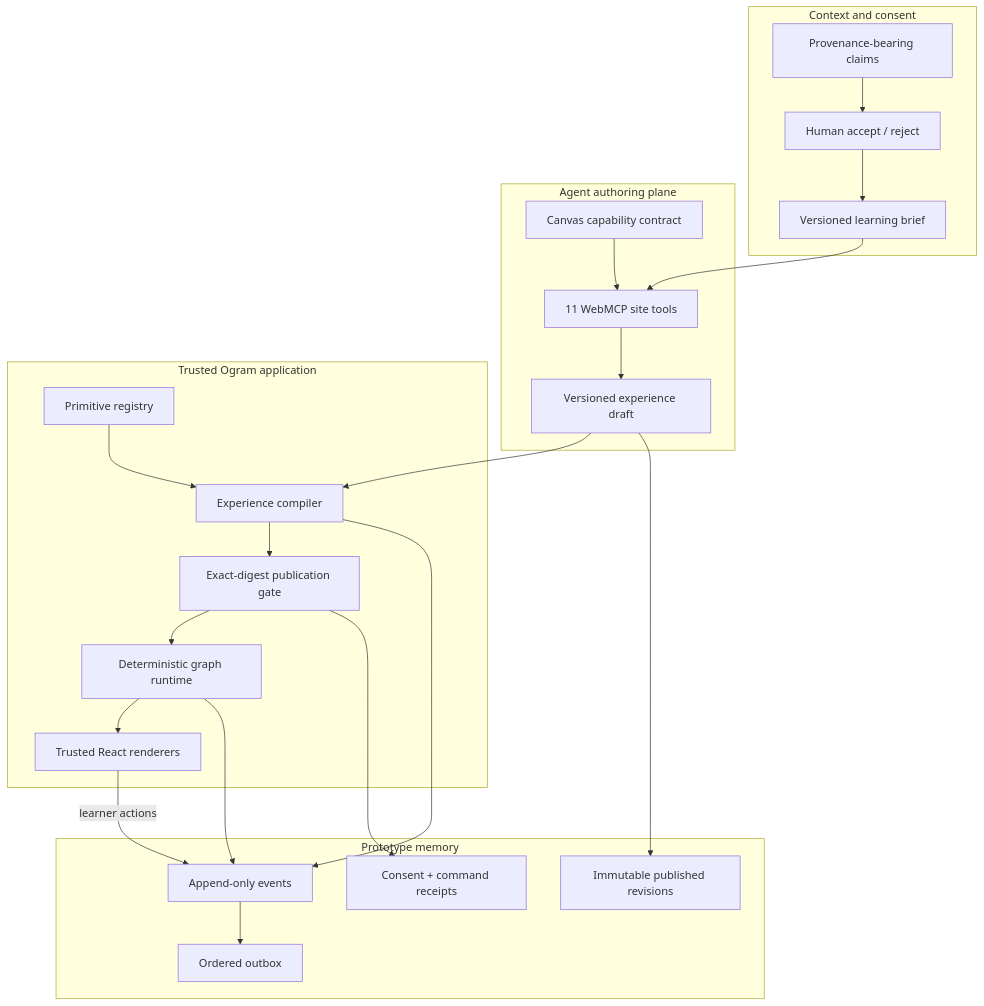
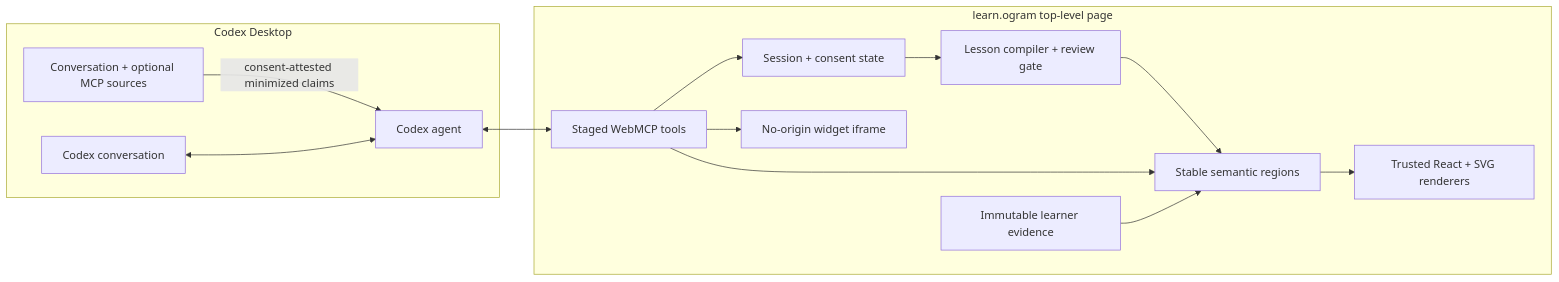
One commit to self-tech-labs/agentic-textbook changed the first of 2 diagrams in docs/architecture.md. Above: the diagram before and after it, drawn with Mermaid. The commit also changed other lines of this file and 32 other files, not shown here.

````diff
--- a/docs/architecture.md
+++ b/docs/architecture.md
@@ -13,41 +7,26 @@
 ```mermaid
-flowchart TB
-  subgraph Context[Context and consent]
-    Claims[Provenance-bearing claims]
-    Review[Human accept / reject]
-    Brief[Versioned learning brief]
-    Claims --> Review --> Brief
+flowchart LR
+  subgraph Host[Codex Desktop]
+    Conversation[Codex conversation]
+    Agent[Codex agent]
+    Sources[Conversation + optional MCP sources]
   end
 
-  subgraph Authoring[Agent authoring plane]
-    Contract[Canvas capability contract]
-    WM[11 WebMCP site tools]
-    Draft[Versioned experience draft]
-    Contract --> WM --> Draft
+  subgraph Page[learn.ogram top-level page]
+    Tools[Staged WebMCP tools]
+    Session[Session + consent state]
+    Compiler[Lesson compiler + review gate]
+    Regions[Stable semantic regions]
+    Renderers[Trusted React + SVG renderers]
+    Sandbox[No-origin widget iframe]
+    Evidence[Immutable learner evidence]
   end
 
-  subgraph Ogram[Trusted Ogram application]
-    Compiler[Experience compiler]
-    Registry[Primitive registry]
-    Consent[Exact-digest publication gate]
-    Renderer[Trusted React renderers]
-    Runtime[Deterministic graph runtime]
-    Registry --> Compiler
-    Draft --> Compiler --> Consent --> Runtime --> Renderer
-  end
-
-  subgraph Memory[Prototype memory]
-    Events[Append-only events]
-    Revisions[Immutable published revisions]
-    Receipts[Consent + command receipts]
-    Outbox[Ordered outbox]
-  end
-
-  Brief --> WM
-  Renderer -->|learner actions| Events
-  Compiler --> Events
-  Consent --> Receipts
-  Runtime --> Events
-  Events --> Outbox
-  Draft --> Revisions
+  Sources -->|consent-attested minimized claims| Agent
+  Conversation <--> Agent
+  Agent <--> Tools
+  Tools --> Session --> Compiler --> Regions --> Renderers
+  Tools --> Regions
+  Tools --> Sandbox
+  Evidence --> Regions
 ```
````
